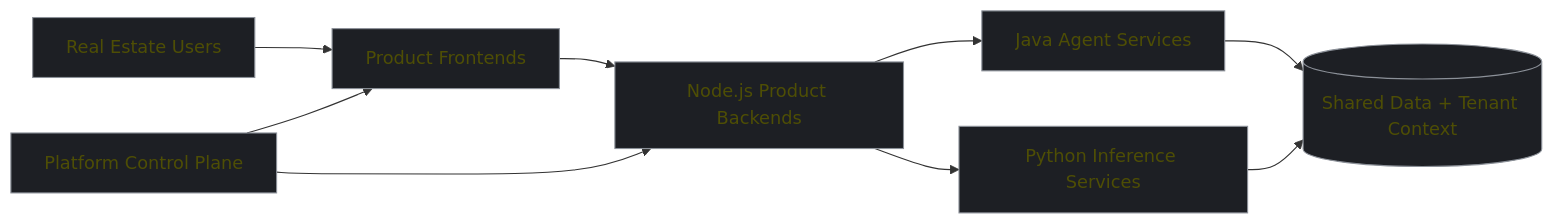
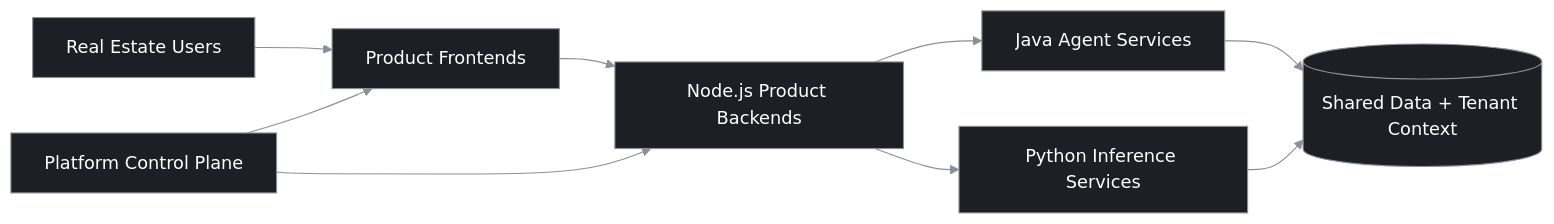
One commit to dwayneblack786/ai-services-platform changed the first of 4 diagrams in README.md. Above: the diagram before and after it, drawn with Mermaid. The commit also changed other lines of this file, not shown here.

Commit message:
Make README mermaid diagram text white

````diff
--- a/README.md
+++ b/README.md
@@ -53,14 +53,15 @@
 ```mermaid
+%%{init: {'theme': 'base', 'themeVariables': { 'primaryTextColor': '#ffffff', 'secondaryTextColor': '#ffffff', 'tertiaryTextColor': '#ffffff', 'lineColor': '#8b9098', 'clusterBkg': '#1d1f24', 'clusterBorder': '#8b9098' }}}%%
 flowchart LR
 	U[Real Estate Users] --> FE[Product Frontends]
 	FE --> BE[Node.js Product Backends]
 	BE --> J[Java Agent Services]
 	BE --> P[Python Inference Services]
 	J --> D[(Shared Data + Tenant Context)]
 	P --> D
 	PM[Platform Control Plane] --> FE
 	PM --> BE
 
-	classDef core fill:#1d1f24,stroke:#8b9098,color:#4e4e05 ,stroke-width:1px;
+	classDef core fill:#1d1f24,stroke:#8b9098,color:#ffffff,stroke-width:1px;
 	class U,FE,BE,J,P,D,PM core;
 ```
````
